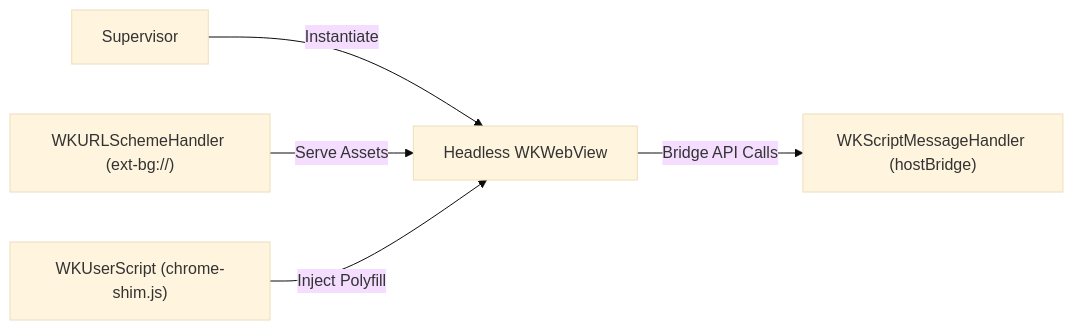
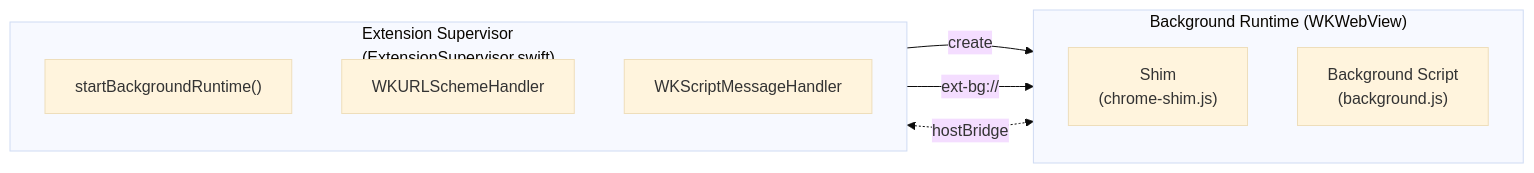
One commit to easonwong-de/Wirt changed the third of 7 diagrams in docs/architecture.md. Above: the diagram before and after it, drawn with Mermaid (base theme). The commit also changed other lines of this file, not shown here.

Commit message:
docs: polish architecture documentaion

````diff
--- a/docs/architecture.md
+++ b/docs/architecture.md
@@ -50,7 +82,19 @@
 ```mermaid
 flowchart LR
-    Host["Supervisor"] -->|"Instantiate"| WV["Headless WKWebView"]
-    Scheme["WKURLSchemeHandler (ext-bg://)"] -->|"Serve Assets"| WV
-    Script["WKUserScript (chrome-shim.js)"] -->|"Inject Polyfill"| WV
-    WV -->|"Bridge API Calls"| Bridge["WKScriptMessageHandler (hostBridge)"]
+    subgraph SupervisorSub["Extension Supervisor<br/>(ExtensionSupervisor.swift)"]
+        direction TB
+        Init["startBackgroundRuntime()"]
+        Scheme["WKURLSchemeHandler"]
+        Bridge["WKScriptMessageHandler"]
+    end
+
+    subgraph RuntimeSub["Background Runtime (WKWebView)"]
+        direction TB
+        Shim["Shim<br/>(chrome-shim.js)"]
+        Script["Background Script<br/>(background.js)"]
+    end
+
+    Init -->|"create"| RuntimeSub
+    Scheme -->|"ext-bg://"| RuntimeSub
+    Bridge <-.->|"hostBridge"| RuntimeSub
 ```
````
